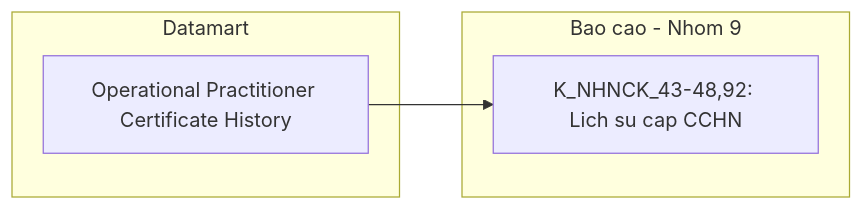
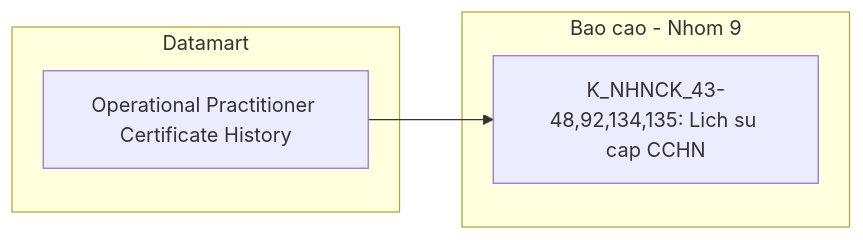
One commit to linhlvit/ubck_atomic_design changed diagram 32 of 41 in Datamart/hld/DTM_NHNCK_HLD.md. Above: the diagram before and after it, drawn with Mermaid. The commit also changed other lines of this file and 9 other files, not shown here.

Commit message:
feat(nhnck): cap nhat thiet ke CCHN theo BA moi, them ngay va so quyet dinh huy CCHN va dong bo HLD LLD flat tables (O_NHNCK_48)

````diff
--- a/Datamart/hld/DTM_NHNCK_HLD.md
+++ b/Datamart/hld/DTM_NHNCK_HLD.md
@@ -1395,10 +1400,10 @@
 ```mermaid
 flowchart LR
     subgraph Datamart["Datamart"]
         G1["Operational Practitioner Certificate History"]
     end
     subgraph RPT["Bao cao - Nhom 9"]
-        R1["K_NHNCK_43-48,92: Lich su cap CCHN"]
+        R1["K_NHNCK_43-48,92,134,135: Lich su cap CCHN"]
     end
     G1 --> R1
 ```
````
